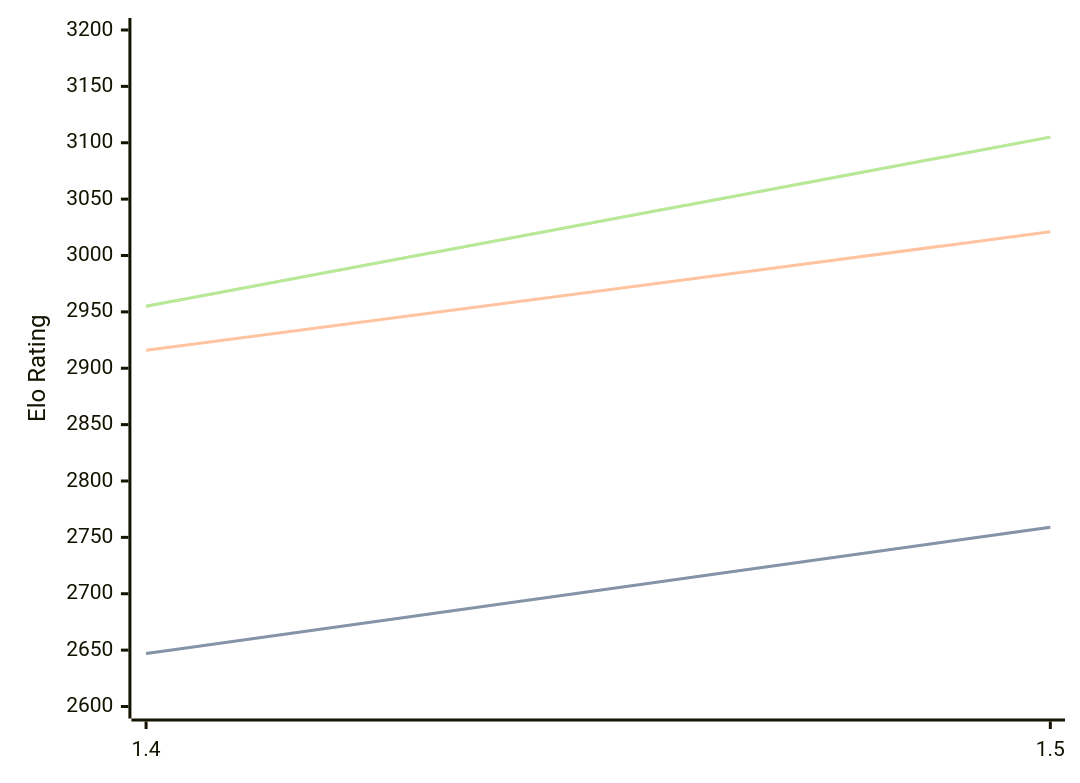
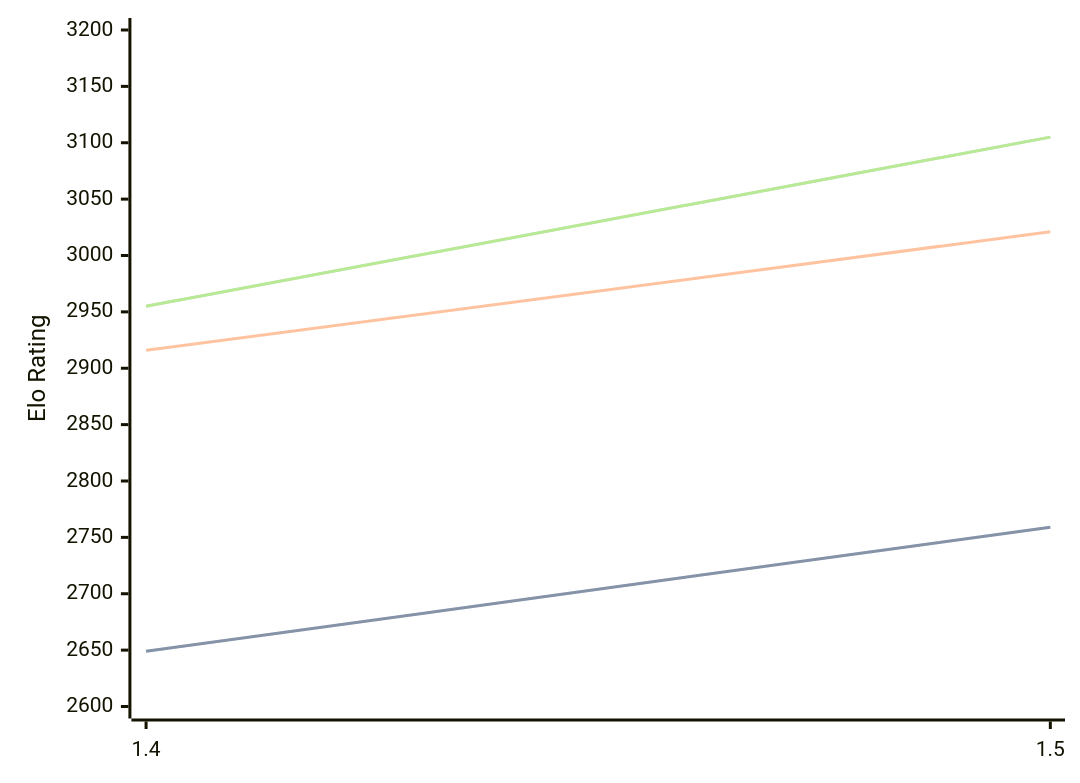
One commit to computer-chess-index/cci changed the diagram in engines/Yakka.md. Above: the diagram before and after it, drawn with Mermaid. The commit also changed other lines of this file, not shown here.

````diff
--- a/engines/Yakka.md
+++ b/engines/Yakka.md
@@ -32,11 +32,11 @@
 ```mermaid
 %%{init: {"theme":"base","themeVariables":{"seriesColors:['#a3a3a3','#222221','#faa371']}}}%%
 xychart-beta
   x-axis ["1.4", "1.5"]
   y-axis "Elo Rating" 2600 --> 3200
-  line "STC (8.0+0.08s)" [2647, 2759]
-  line "STC (8.0+0.08s)" [2647, 2759]
+  line "STC (8.0+0.08s)" [2649, 2759]
+  line "STC (8.0+0.08s)" [2649, 2759]
   line "LTC (60.0+0.60s)" [2916, 3021]
   line "VLTC (2m24s+1.12s)" [2955, 3105]
   line "VLTC (2m24s+1.12s)" [2955, 3105]
 ```
````
